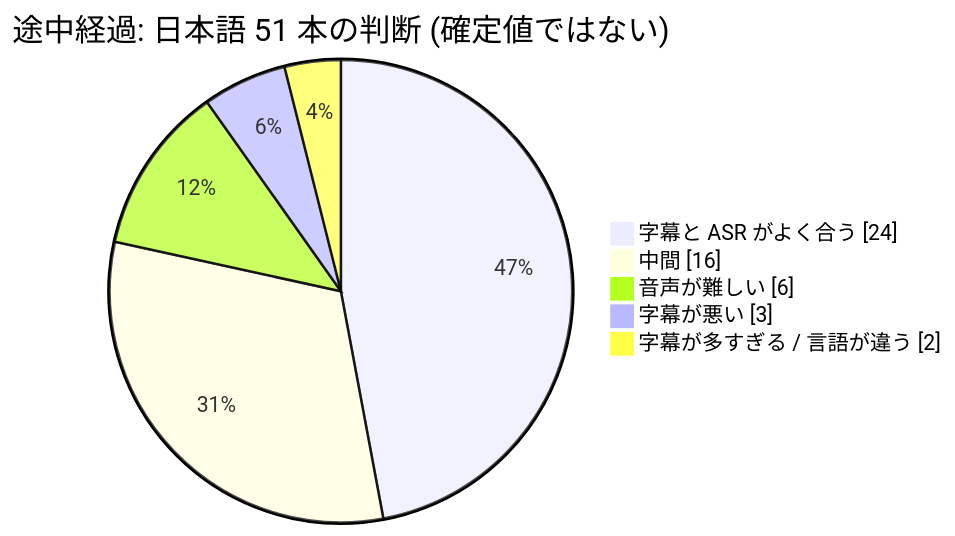
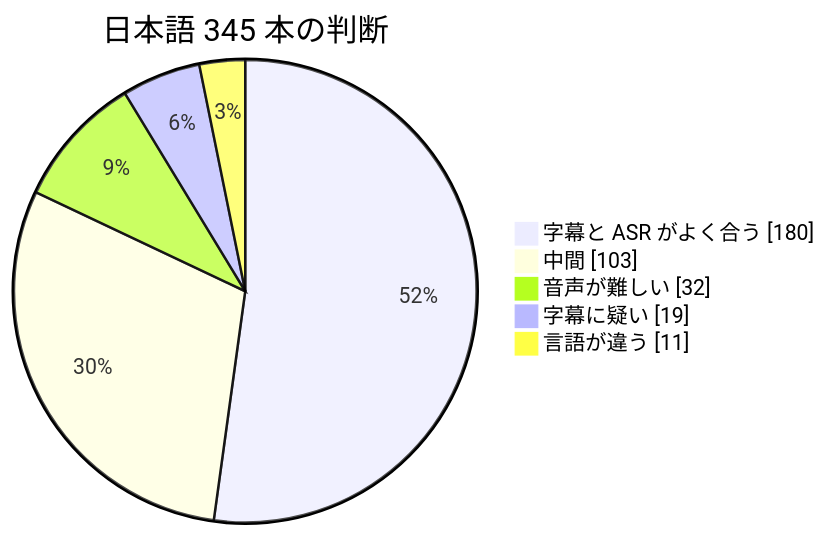
One commit to Mega-Gorilla/livecap-cli changed the fifth of 6 diagrams in docs/guides/benchmark/yodas2-longform-dataset.md. Above: the diagram before and after it, drawn with Mermaid. The commit also changed other lines of this file and 86 other files, not shown here.

````diff
--- a/docs/guides/benchmark/yodas2-longform-dataset.md
+++ b/docs/guides/benchmark/yodas2-longform-dataset.md
@@ -246,8 +245,8 @@
 ```mermaid
-pie showData title 途中経過: 日本語 51 本の判断 (確定値ではない)
-    "字幕と ASR がよく合う" : 24
-    "中間" : 16
-    "音声が難しい" : 6
-    "字幕が悪い" : 3
-    "字幕が多すぎる / 言語が違う" : 2
+pie showData title 日本語 345 本の判断
+    "字幕と ASR がよく合う" : 180
+    "中間" : 103
+    "音声が難しい" : 32
+    "字幕に疑い" : 19
+    "言語が違う" : 11
 ```
````
